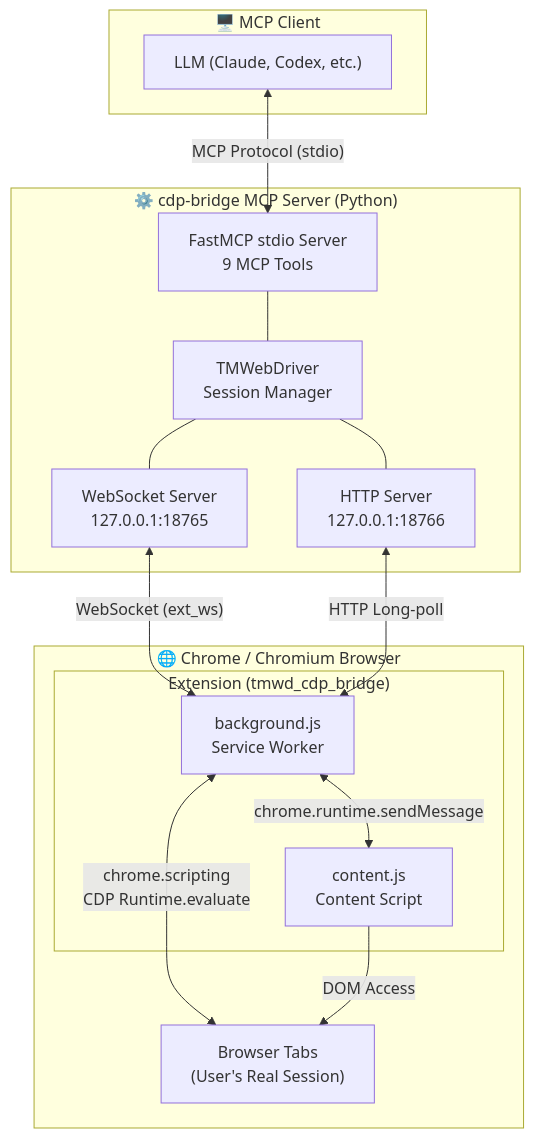
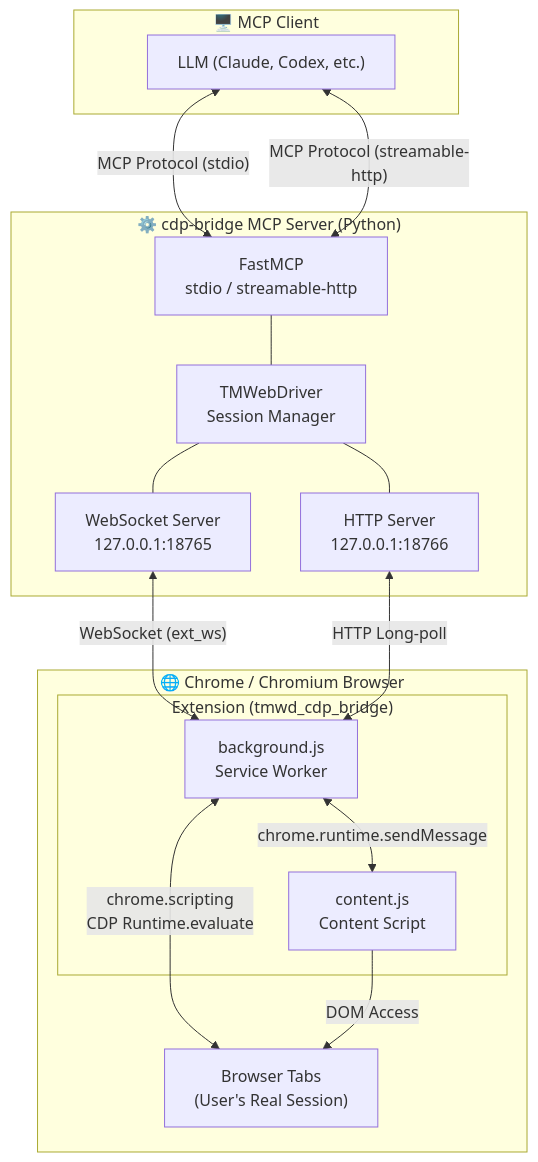
The diagram in doc/README_EN.md (Unagi-cq/cdp-bridge-mcp), drawn with Mermaid before and after one commit. The commit also changed other lines of this file and 2 other files, not shown here.

Commit message:
docs: add streamable-http transport docs to both READMEs, bump to 0.1.13

````diff
--- a/doc/README_EN.md
+++ b/doc/README_EN.md
@@ -53,31 +53,32 @@
 ```mermaid
 graph TB
     subgraph Client["🖥️ MCP Client"]
         LLM["LLM (Claude, Codex, etc.)"]
     end
 
     subgraph Server["⚙️ cdp-bridge MCP Server (Python)"]
-        FastMCP["FastMCP stdio Server<br/>9 MCP Tools"]
+        FastMCP["FastMCP<br/>stdio / streamable-http"]
         TMWD["TMWebDriver<br/>Session Manager"]
         WS["WebSocket Server<br/>127.0.0.1:18765"]
         HTTP["HTTP Server<br/>127.0.0.1:18766"]
         FastMCP --- TMWD
         TMWD --- WS
         TMWD --- HTTP
     end
 
     subgraph Browser["🌐 Chrome / Chromium Browser"]
         subgraph Extension["Extension (tmwd_cdp_bridge)"]
             BG["background.js<br/>Service Worker"]
             CT["content.js<br/>Content Script"]
         end
         Tabs["Browser Tabs<br/>(User's Real Session)"]
     end
 
     LLM <-->|"MCP Protocol (stdio)"| FastMCP
+    LLM <-->|"MCP Protocol (streamable-http)"| FastMCP
     WS <-->|"WebSocket (ext_ws)"| BG
     HTTP <-->|"HTTP Long-poll"| BG
     BG <-->|"chrome.scripting<br/>CDP Runtime.evaluate"| Tabs
     BG <-->|"chrome.runtime.sendMessage"| CT
     CT -->|"DOM Access"| Tabs
 ```
````
